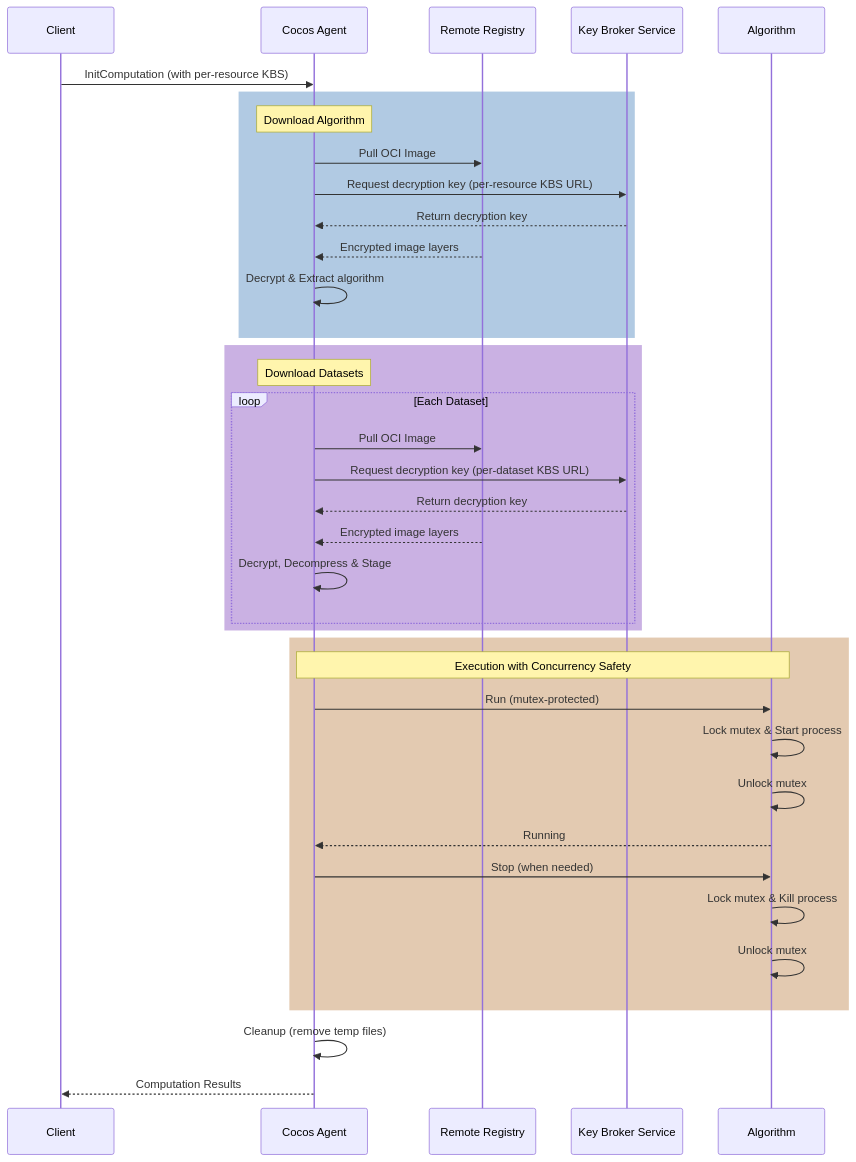
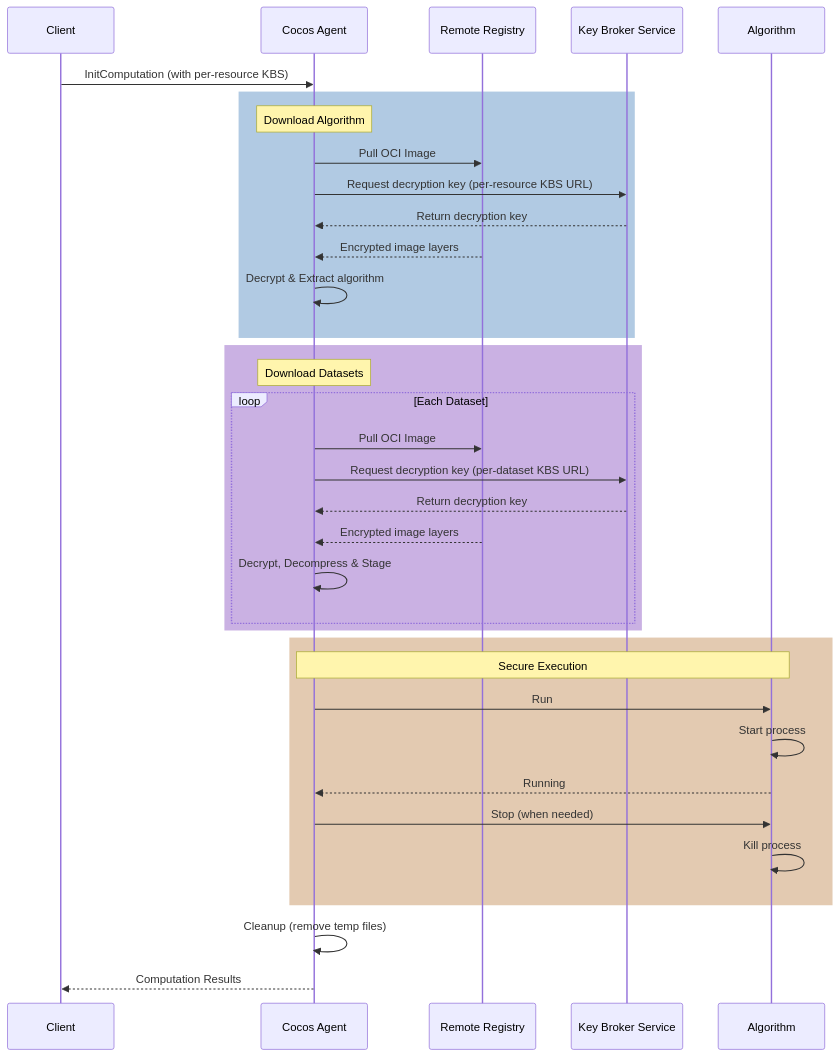
Before and after one commit to ultravioletrs/cocos.ai: the diagram in content/docs/remote-resources.md, drawn with Mermaid.

Commit message:
docs: Simplify execution flow diagram by removing explicit mutex operations.

````diff
--- a/content/docs/remote-resources.md
+++ b/content/docs/remote-resources.md
@@ -21,44 +21,42 @@
 ```mermaid
 sequenceDiagram
     participant Client
     participant Agent as Cocos Agent
     participant Registry as Remote Registry
     participant KBS as Key Broker Service
     participant Algo as Algorithm
     
     Client->>Agent: InitComputation (with per-resource KBS)
     
     rect rgba(100, 150, 200, 0.5)
     note over Agent: Download Algorithm
     Agent->>Registry: Pull OCI Image
     Agent->>KBS: Request decryption key (per-resource KBS URL)
     KBS-->>Agent: Return decryption key
     Registry-->>Agent: Encrypted image layers
     Agent->>Agent: Decrypt & Extract algorithm
     end
     
     rect rgba(150, 100, 200, 0.5)
     note over Agent: Download Datasets
     loop Each Dataset
         Agent->>Registry: Pull OCI Image
         Agent->>KBS: Request decryption key (per-dataset KBS URL)
         KBS-->>Agent: Return decryption key
         Registry-->>Agent: Encrypted image layers
         Agent->>Agent: Decrypt, Decompress & Stage
     end
     end
     
     rect rgba(200, 150, 100, 0.5)
-    note over Agent, Algo: Execution with Concurrency Safety
-    Agent->>Algo: Run (mutex-protected)
-    Algo->>Algo: Lock mutex & Start process
-    Algo->>Algo: Unlock mutex
+    note over Agent, Algo: Secure Execution
+    Agent->>Algo: Run
+    Algo->>Algo: Start process
     Algo-->>Agent: Running
     Agent->>Algo: Stop (when needed)
-    Algo->>Algo: Lock mutex & Kill process
-    Algo->>Algo: Unlock mutex
+    Algo->>Algo: Kill process
     end
     
     Agent->>Agent: Cleanup (remove temp files)
     Agent-->>Client: Computation Results
 ```
````
